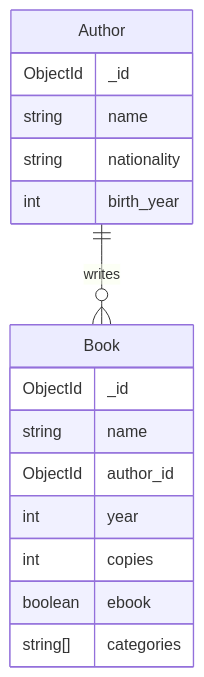
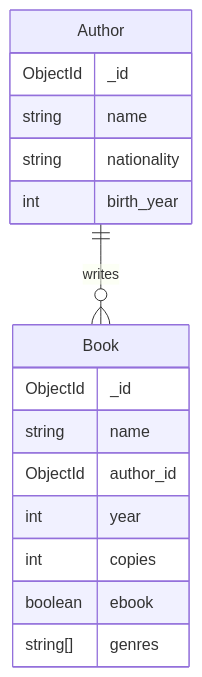
Before and after one commit to hh-nosql/nosql-material: the diagram in material/3-mongo-operations.md, drawn with Mermaid. The commit also changed other lines of this file and 3 other files, not shown here.

Commit message:
categories => genres and json schema bonus section

````diff
--- a/material/3-mongo-operations.md
+++ b/material/3-mongo-operations.md
@@ -171,21 +171,21 @@
 ```mermaid
 erDiagram
     Author ||--o{ Book : writes
 
     Author {
         ObjectId _id
         string name
         string nationality
         int birth_year
     }
 
     Book {
         ObjectId _id
         string name
         ObjectId author_id
         int year
         int copies
         boolean ebook
-        string[] categories
+        string[] genres
     }
 ```
````
